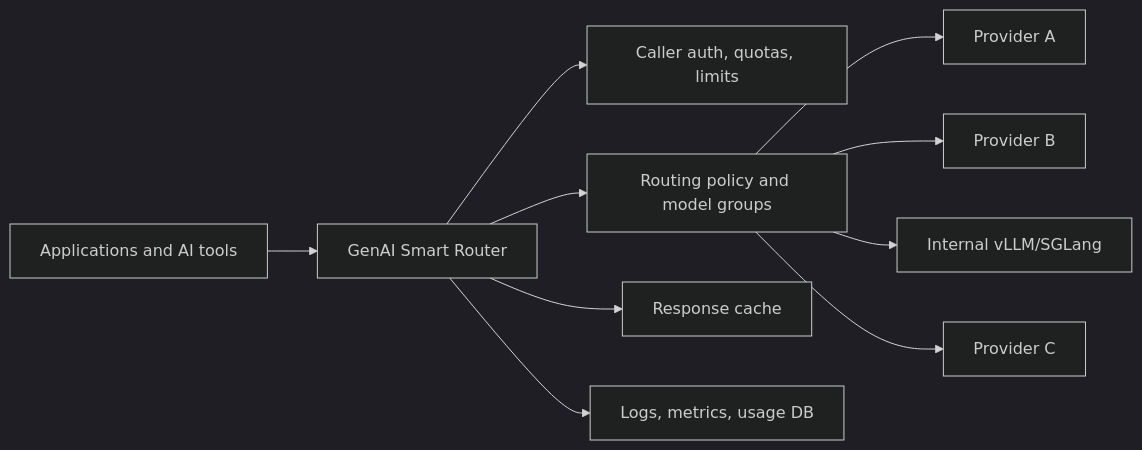
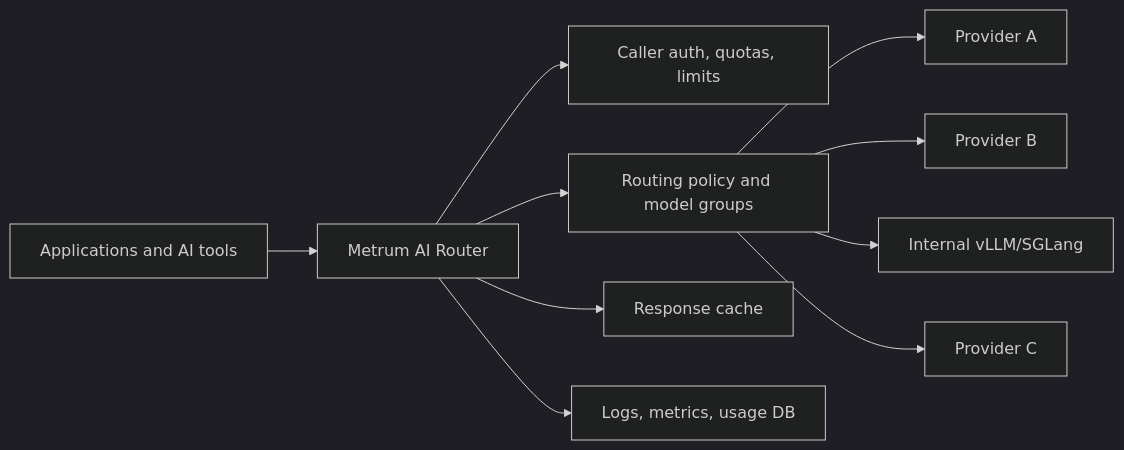
The first of 7 diagrams in docs/solution-brief.md (Metrum-AI-Products/genai-smart-router), drawn with Mermaid (dark theme) before and after one commit. The commit also changed other lines of this file and 4 other files, not shown here.

Commit message:
docs: rebrand to Metrum AI Router identity (#60)

````diff
--- a/docs/solution-brief.md
+++ b/docs/solution-brief.md
@@ -15,12 +15,12 @@
 ```mermaid
 flowchart LR
-  App[Applications and AI tools] --> Router[GenAI Smart Router]
+  App[Applications and AI tools] --> Router[Metrum AI Router]
   Router --> Auth[Caller auth, quotas, limits]
   Router --> Policy[Routing policy and model groups]
   Router --> Cache[Response cache]
   Router --> Obs[Logs, metrics, usage DB]
   Policy --> P1[Provider A]
   Policy --> P2[Provider B]
   Policy --> P3[Internal vLLM/SGLang]
   Policy --> P4[Provider C]
 ```
````
